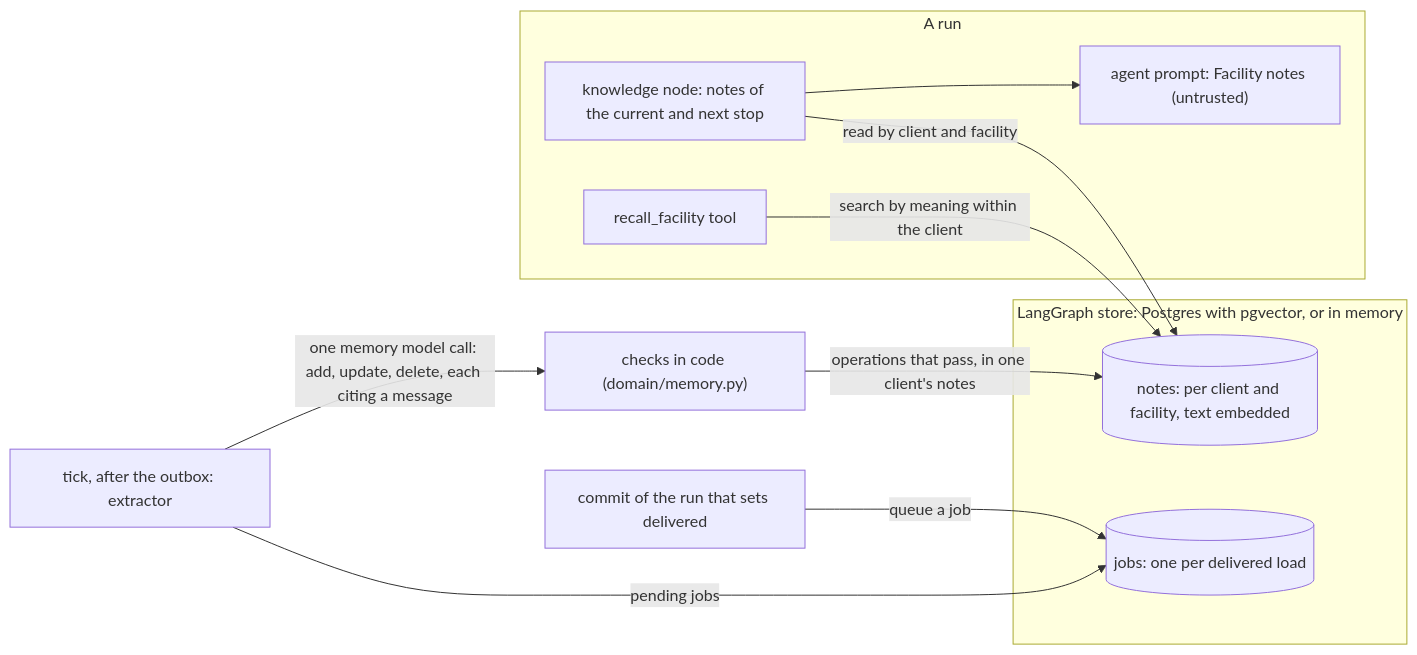
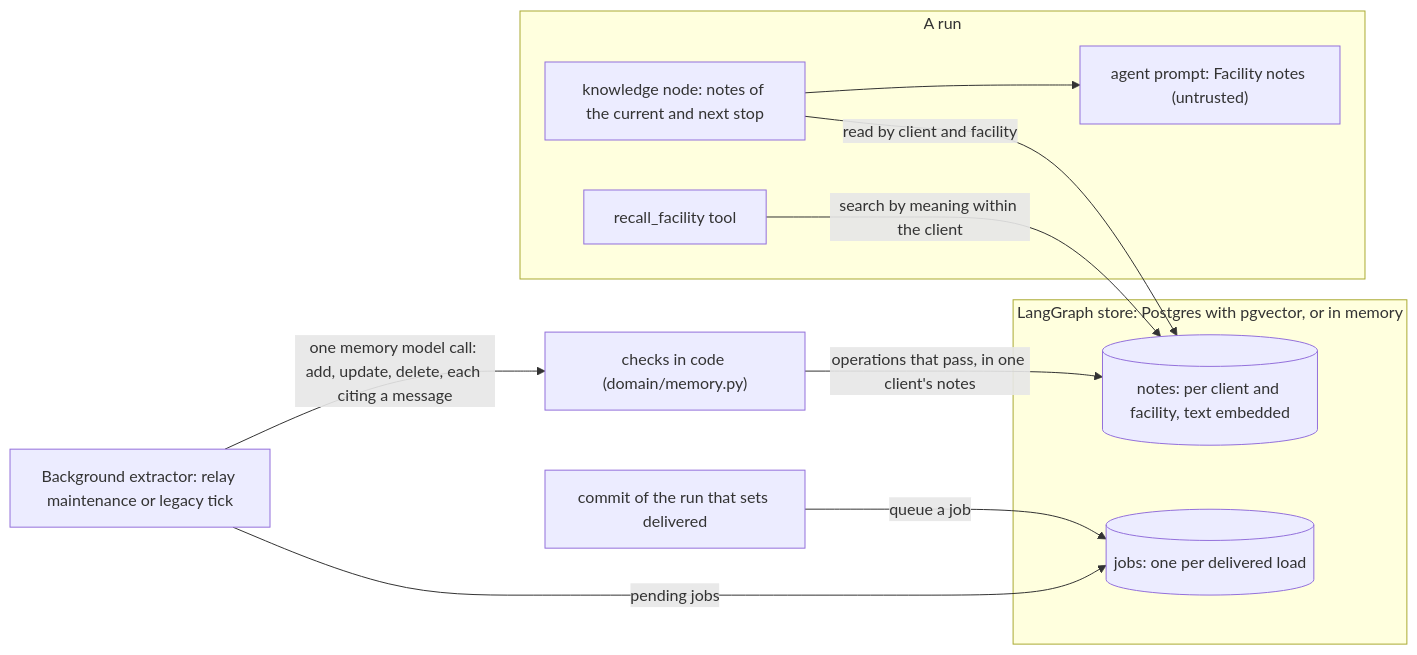
One commit to pedrocwb/freight-hero-assessment changed the sixth of 11 diagrams in docs/architecture.md. Above: the diagram before and after it, drawn with Mermaid. The commit also changed other lines of this file and 10 other files, not shown here.

````diff
--- a/docs/architecture.md
+++ b/docs/architecture.md
@@ -250,17 +280,17 @@
 ```mermaid
 flowchart LR
   subgraph run["A run"]
     K["knowledge node: notes of the current and next stop"] --> P["agent prompt: Facility notes (untrusted)"]
     T["recall_facility tool"]
   end
   subgraph store["LangGraph store: Postgres with pgvector, or in memory"]
     N[("notes: per client and facility, text embedded")]
     J[("jobs: one per delivered load")]
   end
   C["commit of the run that sets delivered"] -->|queue a job| J
-  X["tick, after the outbox: extractor"] -->|pending jobs| J
+  X["Background extractor: relay maintenance or legacy tick"] -->|pending jobs| J
   X -->|"one memory model call: add, update, delete, each citing a message"| G["checks in code (domain/memory.py)"]
   G -->|"operations that pass, in one client's notes"| N
   K -->|read by client and facility| N
   T -->|search by meaning within the client| N
 ```
````
